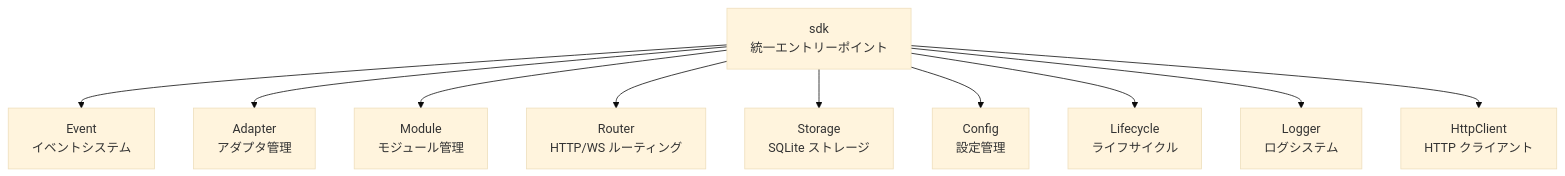
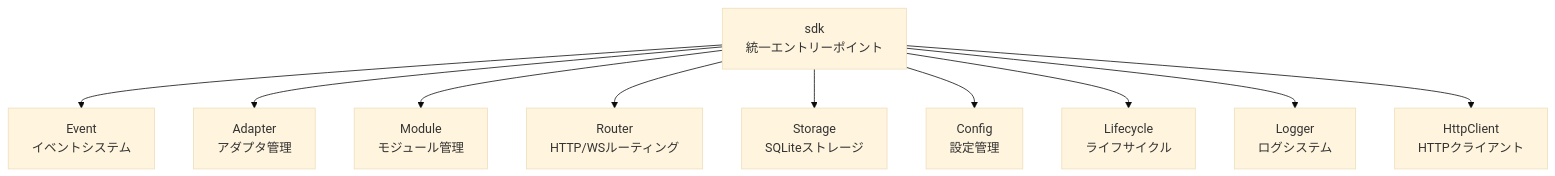
Before and after one commit to ErisPulse/ErisPulse: the second of 2 diagrams in README.ja.md, drawn with Mermaid (base theme). The commit also changed other lines of this file and 7 other files, not shown here.

````diff
--- a/README.ja.md
+++ b/README.ja.md
@@ -504,14 +504,14 @@
 ```mermaid
 graph TB
     SDK["sdk<br/>統一エントリーポイント"]
 
     SDK --> Event["Event<br/>イベントシステム"]
     SDK --> AdapterMgr["Adapter<br/>アダプタ管理"]
     SDK --> ModuleMgr["Module<br/>モジュール管理"]
-    SDK --> Router["Router<br/>HTTP/WS ルーティング"]
-    SDK --> Storage["Storage<br/>SQLite ストレージ"]
+    SDK --> Router["Router<br/>HTTP/WSルーティング"]
+    SDK --> Storage["Storage<br/>SQLiteストレージ"]
     SDK --> Config["Config<br/>設定管理"]
     SDK --> Lifecycle["Lifecycle<br/>ライフサイクル"]
     SDK --> Logger["Logger<br/>ログシステム"]
-    SDK --> Client["HttpClient<br/>HTTP クライアント"]
+    SDK --> Client["HttpClient<br/>HTTPクライアント"]
 ```
````
